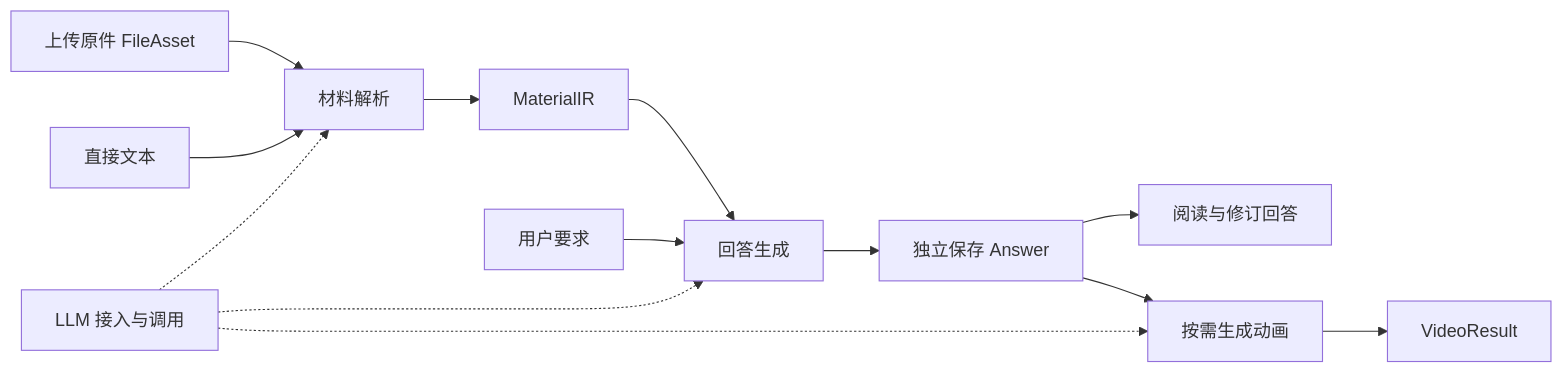
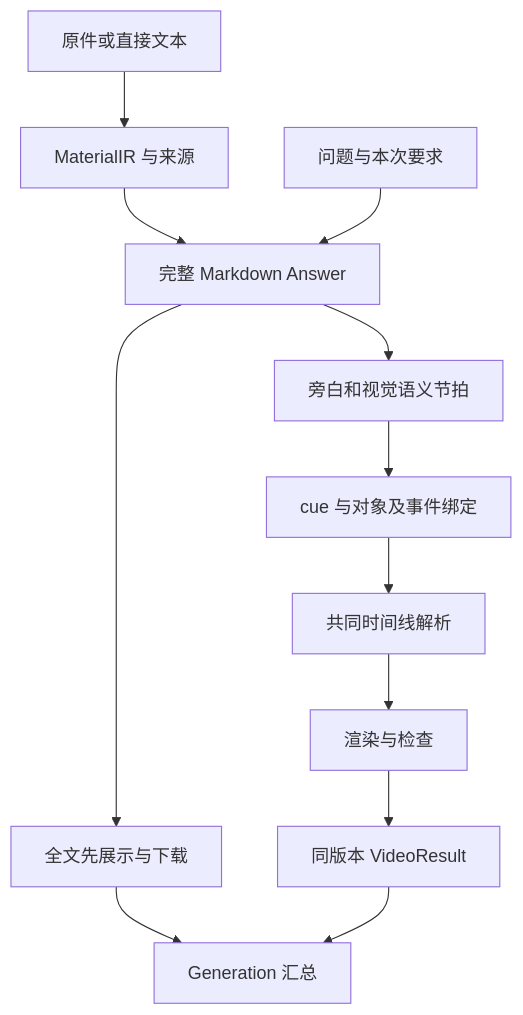
One commit to Zongyuan-Cai/manimagent changed the diagram in docs/index.md. Above: the diagram before and after it, drawn with Mermaid. The commit also changed other lines of this file and 9 other files, not shown here.

````diff
--- a/docs/index.md
+++ b/docs/index.md
@@ -29,15 +32,14 @@
 ```mermaid
-flowchart LR
-    F[上传原件 FileAsset] --> P[材料解析]
-    T[直接文本] --> P
-    P --> M[MaterialIR]
-    M --> A[回答生成]
-    Q[用户要求] --> A
-    A --> AN[独立保存 Answer]
-    AN --> R[阅读与修订回答]
-    AN --> V[按需生成动画]
-    V --> VR[VideoResult]
-    L[LLM 接入与调用] -.-> P
-    L -.-> A
-    L -.-> V
+flowchart TD
+    F[原件或直接文本] --> M[MaterialIR 与来源]
+    M --> A[完整 Markdown Answer]
+    Q[问题与本次要求] --> A
+    A --> R[全文先展示与下载]
+    A --> N[旁白和视觉语义节拍]
+    N --> E[cue 与对象及事件绑定]
+    E --> T[共同时间线解析]
+    T --> V[渲染与检查]
+    V --> VR[同版本 VideoResult]
+    R --> G[Generation 汇总]
+    VR --> G
 ```
````
